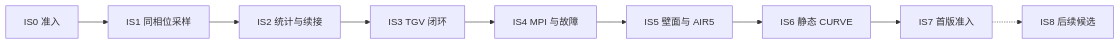
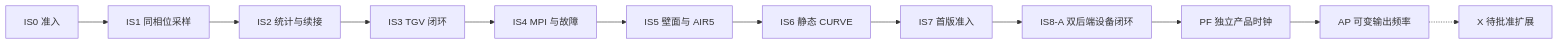
Before and after one commit to Perrbit/astr_gpu: the third of 3 diagrams in documents/ASTR_INSITU_POSTPROCESSING_PLAN.md, drawn with Mermaid. The commit also changed other lines of this file and 3 other files, not shown here.

````diff
--- a/documents/ASTR_INSITU_POSTPROCESSING_PLAN.md
+++ b/documents/ASTR_INSITU_POSTPROCESSING_PLAN.md
@@ -1131,13 +1157,16 @@
 ```mermaid
 flowchart LR
     accTitle: ASTR in situ implementation gates
     accDescr: Source and dependency admission precede native statistics, the TGV end-to-end milestone, broader MPI and physics coverage, and final production qualification.
     s0[IS0 准入] --> s1[IS1 同相位采样]
     s1 --> s2[IS2 统计与续接]
     s2 --> s3[IS3 TGV 闭环]
     s3 --> s4[IS4 MPI 与故障]
     s4 --> s5[IS5 壁面与 AIR5]
     s5 --> s6[IS6 静态 CURVE]
     s6 --> s7[IS7 首版准入]
-    s7 -.-> s8[IS8 后续候选]
+    s7 --> s8[IS8-A 双后端设备闭环]
+    s8 --> pf[PF 独立产品时钟]
+    pf --> ap[AP 可变输出频率]
+    ap -.-> future[X 待批准扩展]
 ```
````
